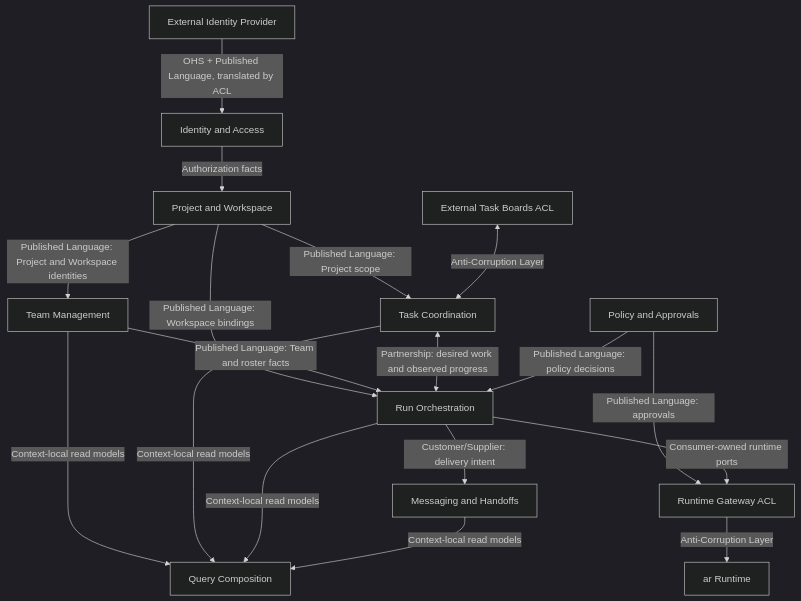
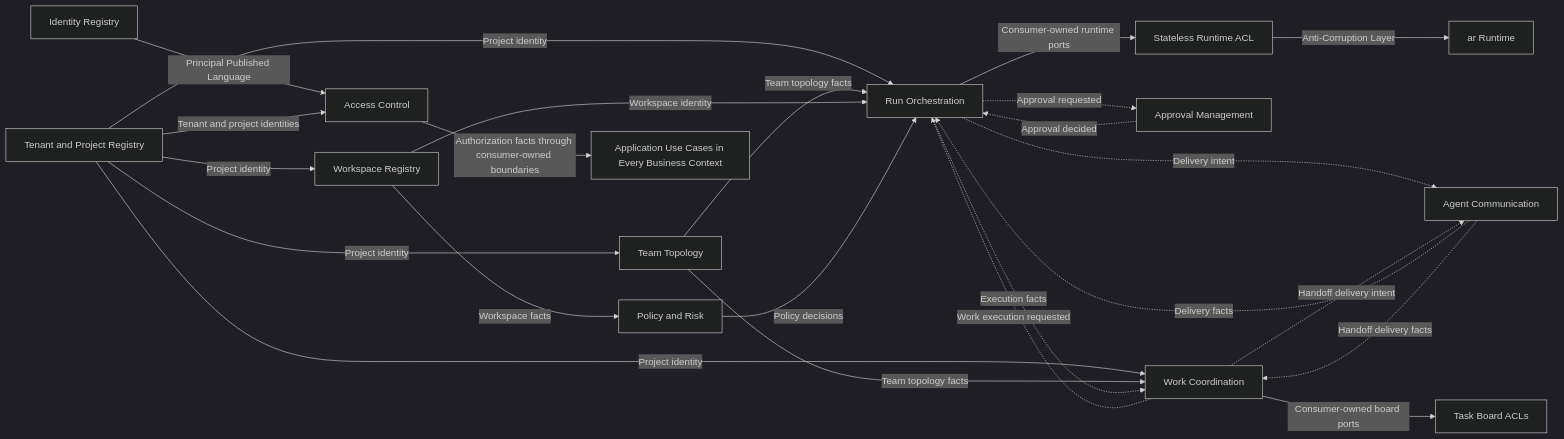
Before and after one commit to agent-teams-ai/agent-teams-orchestrator: the diagram in docs/architecture/context-map.md, drawn with Mermaid (dark theme). The commit also changed other lines of this file and 24 other files, not shown here.

Commit message:
docs(architecture): adopt focused full DDD boundaries

````diff
--- a/docs/architecture/context-map.md
+++ b/docs/architecture/context-map.md
@@ -30,33 +61,45 @@
 ```mermaid
-flowchart TB
-    IdP["External Identity Provider"]
-    IAM["Identity and Access"]
-    Project["Project and Workspace"]
-    Team["Team Management"]
-    Tasks["Task Coordination"]
-    Runs["Run Orchestration"]
-    Messaging["Messaging and Handoffs"]
-    Policy["Policy and Approvals"]
-    Runtime["Runtime Gateway ACL"]
+flowchart LR
+    Identity["Identity Registry"]
+    Access["Access Control"]
+    Project["Tenant and Project Registry"]
+    Workspace["Workspace Registry"]
+    Team["Team Topology"]
+    Work["Work Coordination"]
+    Run["Run Orchestration"]
+    Communication["Agent Communication"]
+    Policy["Policy and Risk"]
+    Approval["Approval Management"]
+    Runtime["Stateless Runtime ACL"]
     AR["ar Runtime"]
-    Boards["External Task Boards ACL"]
-    Query["Query Composition"]
+    Boards["Task Board ACLs"]
+    Authorized["Application Use Cases in Every Business Context"]
 
-    IdP -->|"OHS + Published Language, translated by ACL"| IAM
-    IAM -->|"Authorization facts"| Project
-    Project -->|"Published Language: Project and Workspace identities"| Team
-    Project -->|"Published Language: Project scope"| Tasks
-    Project -->|"Published Language: Workspace bindings"| Runs
-    Team -->|"Published Language: Team and roster facts"| Runs
-    Tasks <-->|"Partnership: desired work and observed progress"| Runs
-    Runs -->|"Customer/Supplier: delivery intent"| Messaging
-    Policy -->|"Published Language: policy decisions"| Runs
-    Policy -->|"Published Language: approvals"| Runtime
-    Runs -->|"Consumer-owned runtime ports"| Runtime
+    Identity -->|"Principal Published Language"| Access
+    Project -->|"Tenant and project identities"| Access
+    Access -->|"Authorization facts through consumer-owned boundaries"| Authorized
+    Project -->|"Project identity"| Workspace
+    Project -->|"Project identity"| Team
+    Project -->|"Project identity"| Work
+    Project -->|"Project identity"| Run
+    Team -->|"Team topology facts"| Work
+    Team -->|"Team topology facts"| Run
+    Workspace -->|"Workspace facts"| Policy
+    Workspace -->|"Workspace identity"| Run
+
+    Work -. "Work execution requested" .-> Run
+    Run -. "Execution facts" .-> Work
+
+    Policy -->|"Policy decisions"| Run
+    Run -. "Approval requested" .-> Approval
+    Approval -. "Approval decided" .-> Run
+
+    Run -. "Delivery intent" .-> Communication
+    Communication -. "Delivery facts" .-> Run
+    Work -. "Handoff delivery intent" .-> Communication
+    Communication -. "Handoff delivery facts" .-> Work
+
+    Run -->|"Consumer-owned runtime ports"| Runtime
     Runtime -->|"Anti-Corruption Layer"| AR
-    Boards <-->|"Anti-Corruption Layer"| Tasks
-    Team -->|"Context-local read models"| Query
-    Tasks -->|"Context-local read models"| Query
-    Runs -->|"Context-local read models"| Query
-    Messaging -->|"Context-local read models"| Query
+    Work -->|"Consumer-owned board ports"| Boards
 ```
````
